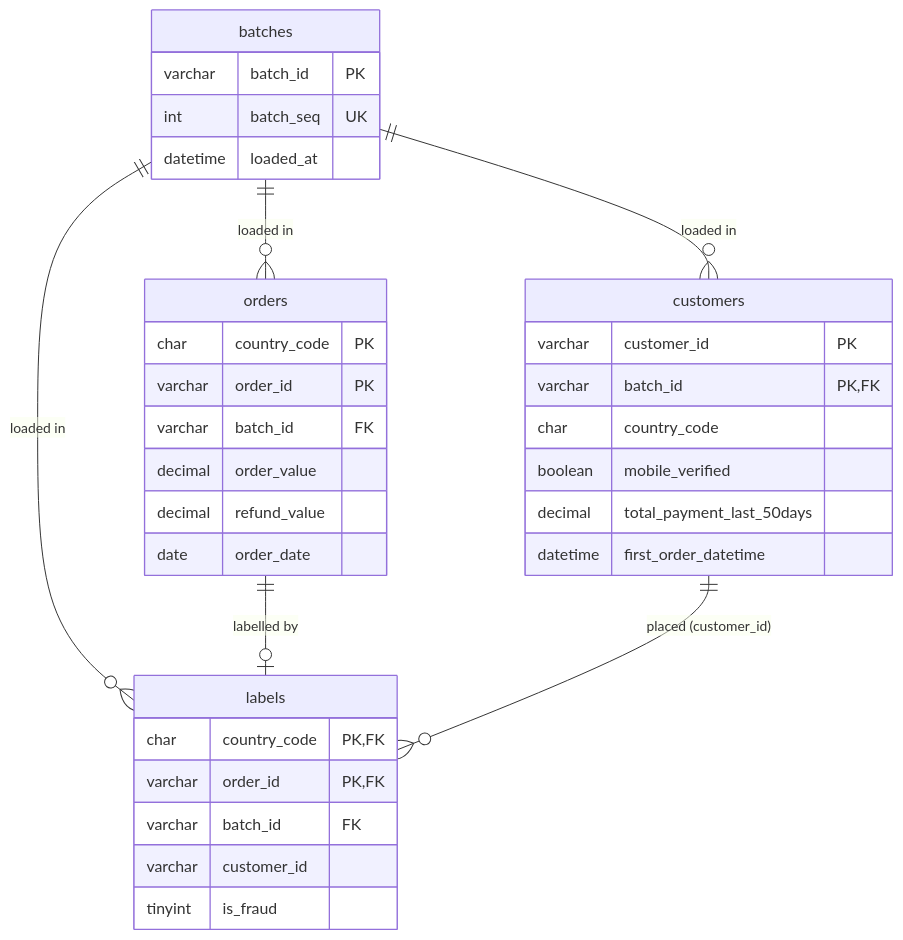
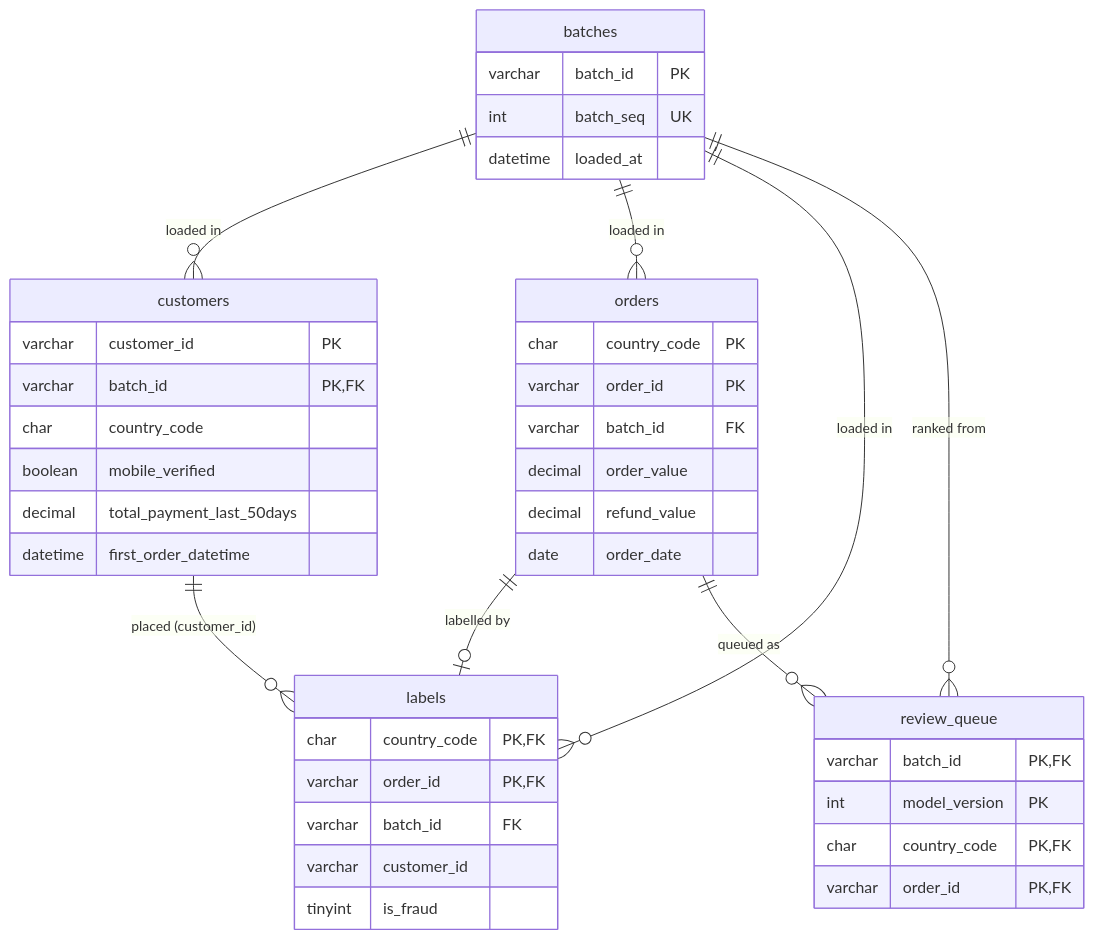
The diagram in docs/data-dictionary.md (Glowing6635/MLOps-Fraud-Prediction-CA1), drawn with Mermaid before and after one commit. The commit also changed other lines of this file and 7 other files, not shown here.

First line of the commit message:
feat(queue): rank each batch into a daily review queue with the champion for #33

````diff
--- a/docs/data-dictionary.md
+++ b/docs/data-dictionary.md
@@ -7,37 +7,45 @@
 ```mermaid
 erDiagram
     batches ||--o{ customers : "loaded in"
     batches ||--o{ orders : "loaded in"
     batches ||--o{ labels : "loaded in"
     orders ||--o| labels : "labelled by"
     customers ||--o{ labels : "placed (customer_id)"
+    batches ||--o{ review_queue : "ranked from"
+    orders ||--o{ review_queue : "queued as"
 
     batches {
         varchar batch_id PK
         int batch_seq UK
         datetime loaded_at
     }
     customers {
         varchar customer_id PK
         varchar batch_id PK, FK
         char country_code
         boolean mobile_verified
         decimal total_payment_last_50days
         datetime first_order_datetime
     }
     orders {
         char country_code PK
         varchar order_id PK
         varchar batch_id FK
         decimal order_value
         decimal refund_value
         date order_date
     }
     labels {
         char country_code PK, FK
         varchar order_id PK, FK
         varchar batch_id FK
         varchar customer_id
         tinyint is_fraud
     }
+    review_queue {
+        varchar batch_id PK, FK
+        int model_version PK
+        char country_code PK, FK
+        varchar order_id PK, FK
+    }
 ```
````
